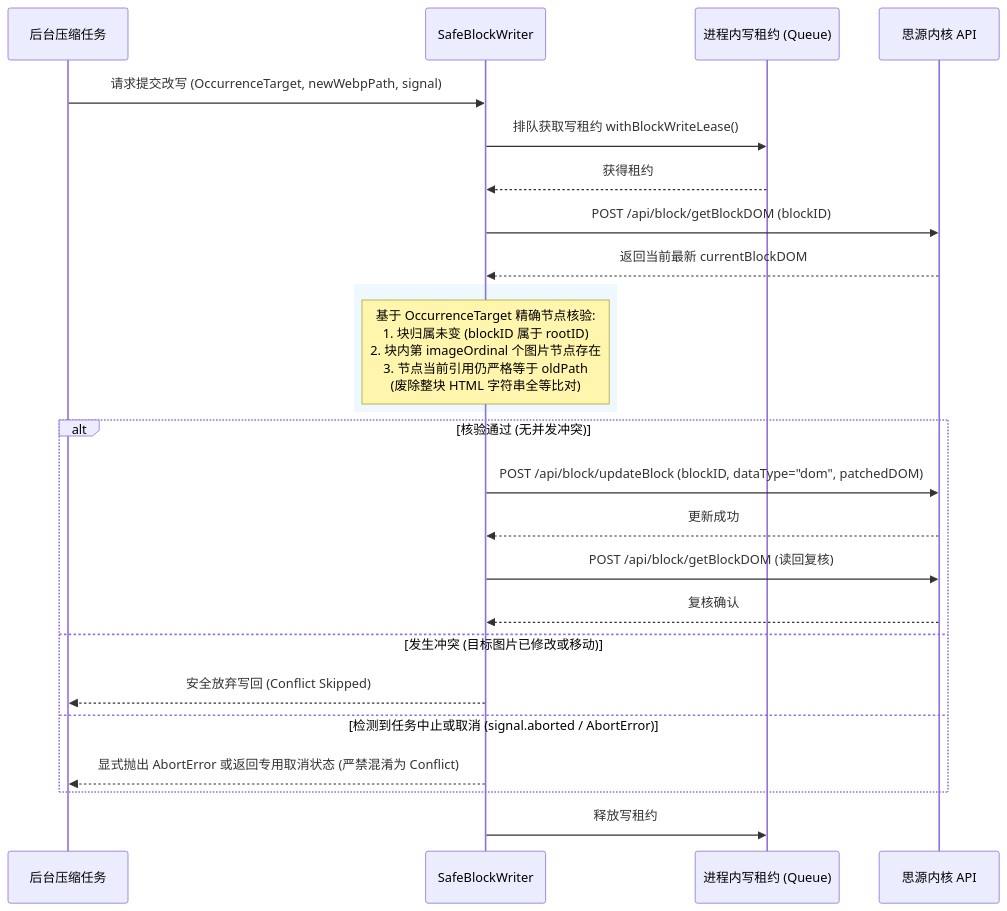
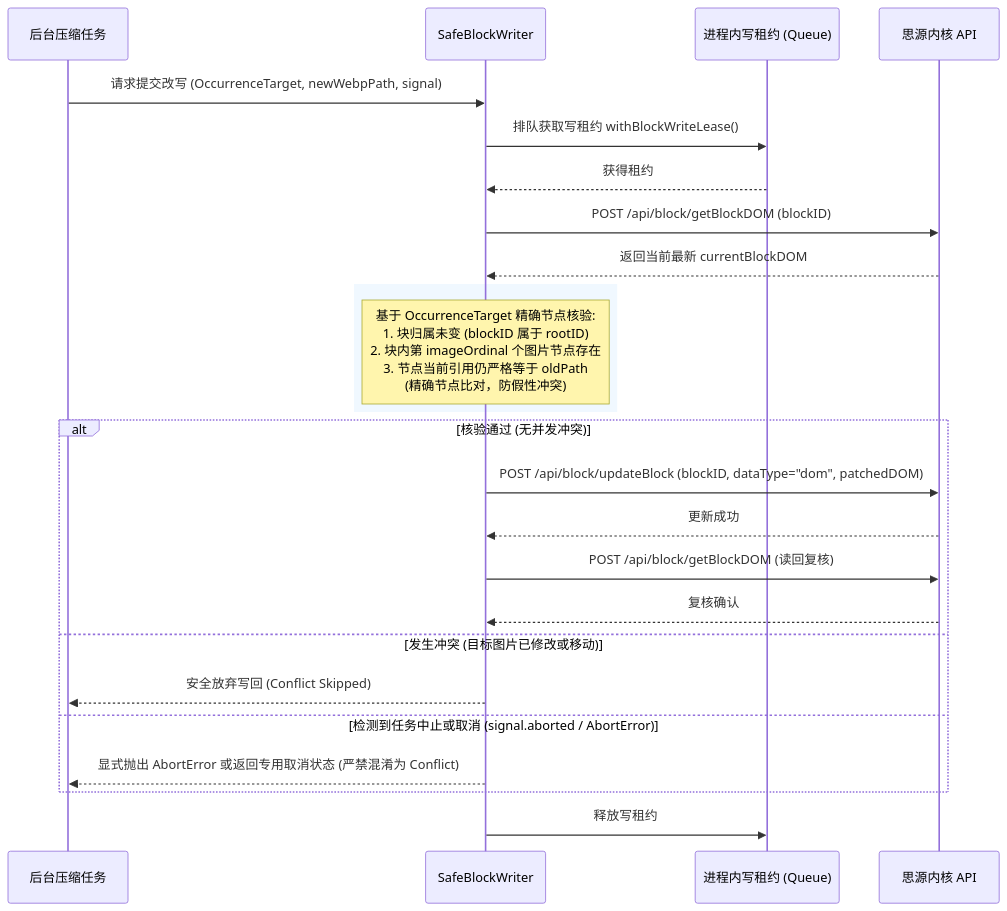
One commit to Forgo7ten/siyuan-plugin-omnikit changed the second of 2 diagrams in docs/features/image-compressor.md. Above: the diagram before and after it, drawn with Mermaid. The commit also changed other lines of this file and 4 other files, not shown here.

````diff
--- a/docs/features/image-compressor.md
+++ b/docs/features/image-compressor.md
@@ -269,30 +269,30 @@
 ```mermaid
 sequenceDiagram
     participant Worker as 后台压缩任务
     participant Writer as SafeBlockWriter
     participant Lease as 进程内写租约 (Queue)
     participant Kernel as 思源内核 API
 
     Worker->>Writer: 请求提交改写 (OccurrenceTarget, newWebpPath, signal)
     Writer->>Lease: 排队获取写租约 withBlockWriteLease()
     Lease-->>Writer: 获得租约
     Writer->>Kernel: POST /api/block/getBlockDOM (blockID)
     Kernel-->>Writer: 返回当前最新 currentBlockDOM
     
     rect rgb(240, 248, 255)
-    Note over Writer: 基于 OccurrenceTarget 精确节点核验:<br/>1. 块归属未变 (blockID 属于 rootID)<br/>2. 块内第 imageOrdinal 个图片节点存在<br/>3. 节点当前引用仍严格等于 oldPath<br/>(废除整块 HTML 字符串全等比对)
+    Note over Writer: 基于 OccurrenceTarget 精确节点核验:<br/>1. 块归属未变 (blockID 属于 rootID)<br/>2. 块内第 imageOrdinal 个图片节点存在<br/>3. 节点当前引用仍严格等于 oldPath<br/>(精确节点比对，防假性冲突)
     end
     
     alt 核验通过 (无并发冲突)
         Writer->>Kernel: POST /api/block/updateBlock (blockID, dataType="dom", patchedDOM)
         Kernel-->>Writer: 更新成功
         Writer->>Kernel: POST /api/block/getBlockDOM (读回复核)
         Kernel-->>Writer: 复核确认
     else 发生冲突 (目标图片已修改或移动)
         Writer-->>Worker: 安全放弃写回 (Conflict Skipped)
     else 检测到任务中止或取消 (signal.aborted / AbortError)
         Writer-->>Worker: 显式抛出 AbortError 或返回专用取消状态 (严禁混淆为 Conflict)
     end
     
     Writer->>Lease: 释放写租约
 ```
````
